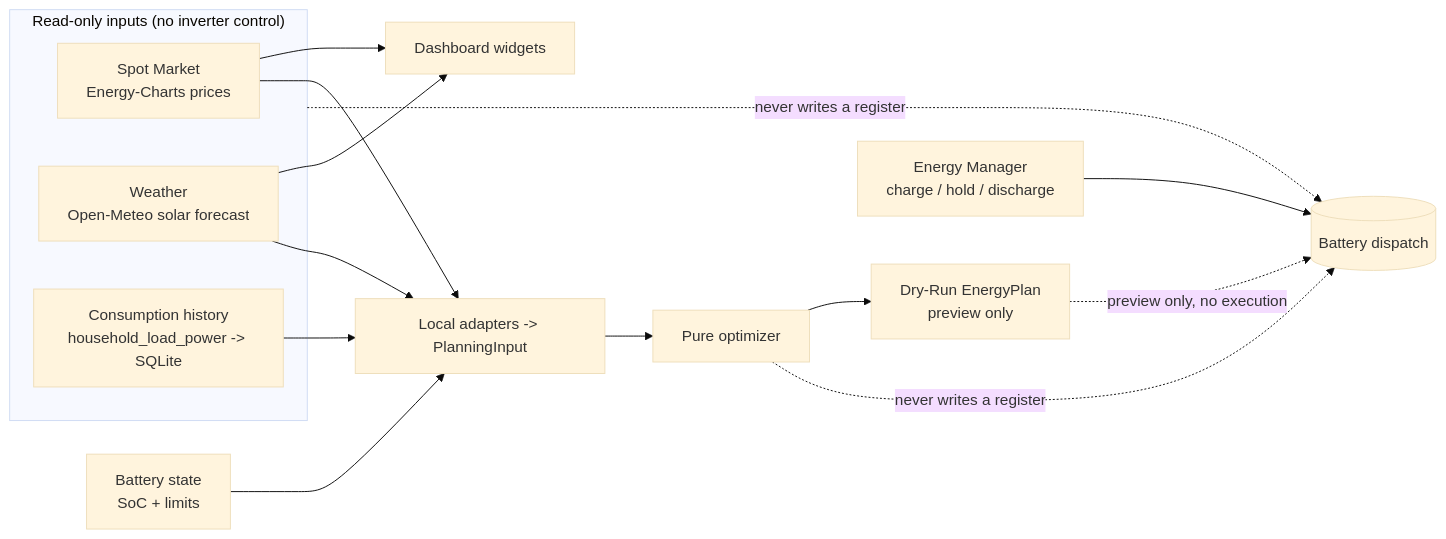
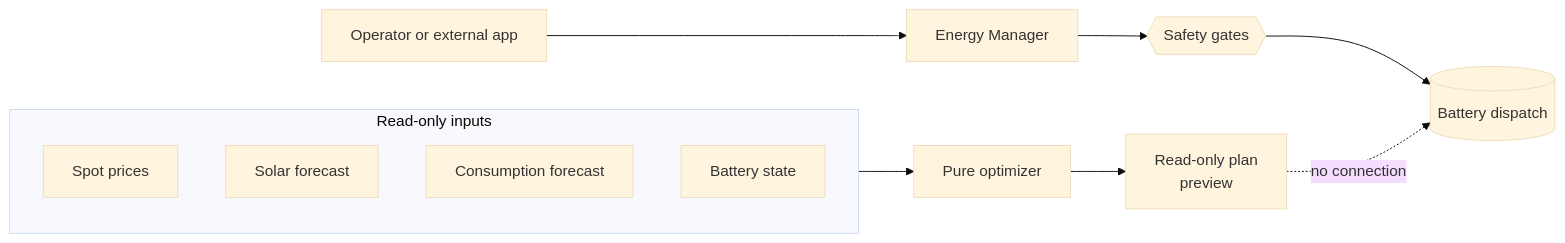
Before and after one commit to Gill-Bates/rct-manager: the first of 2 diagrams in docs/energy-manager.md, drawn with Mermaid (base theme). The commit also changed other lines of this file and 193 other files, not shown here.

````diff
--- a/docs/energy-manager.md
+++ b/docs/energy-manager.md
@@ -21,20 +56,15 @@
 ```mermaid
 flowchart LR
-    subgraph RO["Read-only inputs (no inverter control)"]
-        SM[Spot Market<br/>Energy-Charts prices]
-        WX[Weather<br/>Open-Meteo solar forecast]
-        CH[Consumption history<br/>household_load_power -> SQLite]
+    subgraph IN["Read-only inputs"]
+        SP[Spot prices]
+        SOL[Solar forecast]
+        CON[Consumption forecast]
+        BAT[Battery state]
     end
-    SM --> DASH[Dashboard widgets]
-    WX --> DASH
-    SM --> ADP[Local adapters -> PlanningInput]
-    WX --> ADP
-    CH --> ADP
-    BS[Battery state<br/>SoC + limits] --> ADP
-    ADP --> OPT[Pure optimizer]
-    OPT --> PLAN[Dry-Run EnergyPlan<br/>preview only]
-    EM[Energy Manager<br/>charge / hold / discharge] --> DISP[(Battery dispatch)]
-    RO -.->|never writes a register| DISP
-    OPT -.->|never writes a register| DISP
-    PLAN -.->|preview only, no execution| DISP
+    IN --> OPT[Pure optimizer]
+    OPT --> PLAN[Read-only plan<br/>preview]
+    OP[Operator or external app] --> EM[Energy Manager]
+    EM --> GATES{{Safety gates}}
+    GATES --> DISP[(Battery dispatch)]
+    PLAN -.->|no connection| DISP
 ```
````
